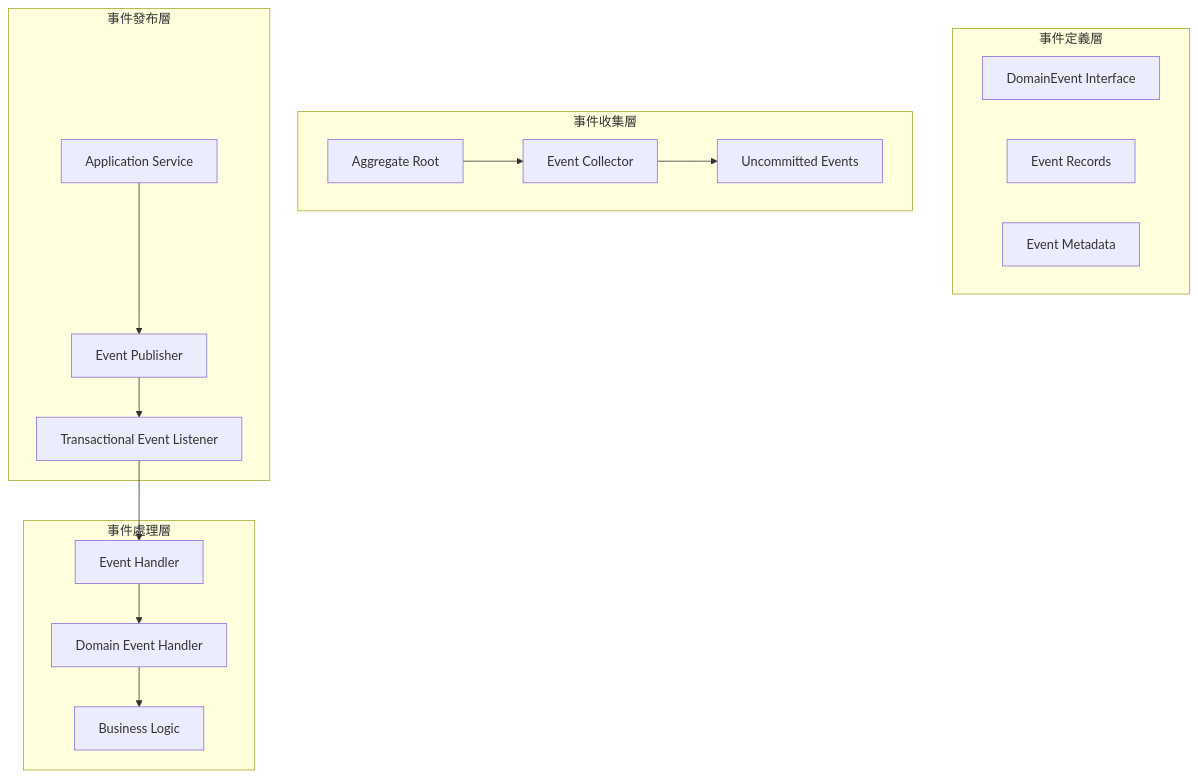
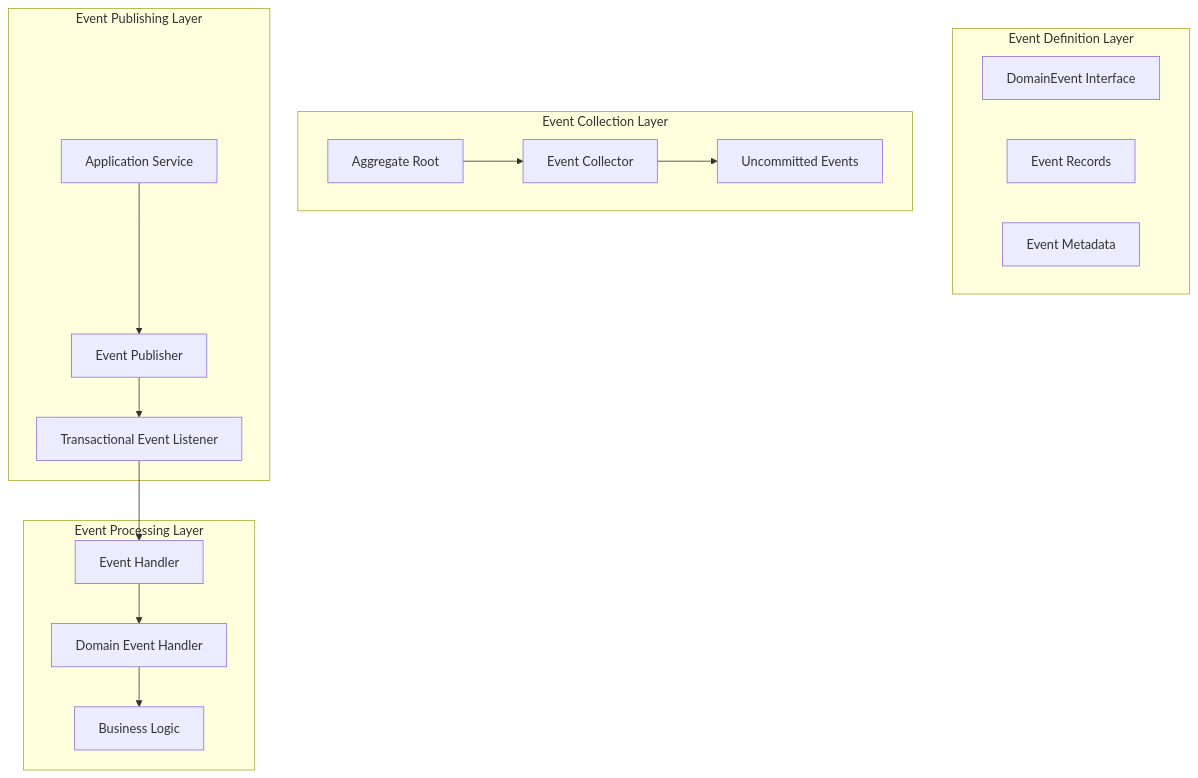
One commit to humank/genai-demo changed the first of 2 diagrams in docs/viewpoints/information/domain-events.md. Above: the diagram before and after it, drawn with Mermaid. The commit also changed other lines of this file and 453 other files, not shown here.

First line of the commit message:
feat: Complete translation of key architecture and API documentation

````diff
--- a/docs/viewpoints/information/domain-events.md
+++ b/docs/viewpoints/information/domain-events.md
@@ -11,34 +11,34 @@
 ```mermaid
 graph TB
-    subgraph "事件定義層"
+    subgraph "Event Definition Layer"
         DE[DomainEvent Interface]
         ER[Event Records]
         EM[Event Metadata]
     end
     
-    subgraph "事件收集層"
+    subgraph "Event Collection Layer"
         AR[Aggregate Root]
         EC[Event Collector]
         UE[Uncommitted Events]
     end
     
-    subgraph "事件發布層"
+    subgraph "Event Publishing Layer"
         AS[Application Service]
         EP[Event Publisher]
         TEL[Transactional Event Listener]
     end
     
-    subgraph "事件處理層"
+    subgraph "Event Processing Layer"
         EH[Event Handler]
         DEH[Domain Event Handler]
         BL[Business Logic]
     end
     
     AR --> EC
     EC --> UE
     AS --> EP
     EP --> TEL
     TEL --> EH
     EH --> DEH
     DEH --> BL
 ```
````
